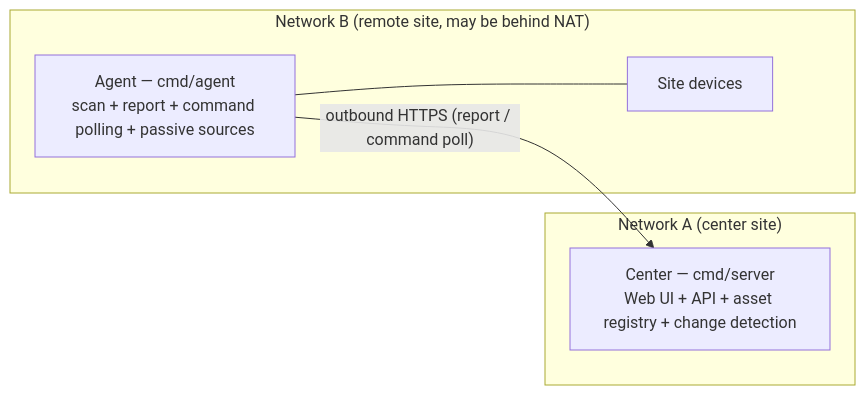
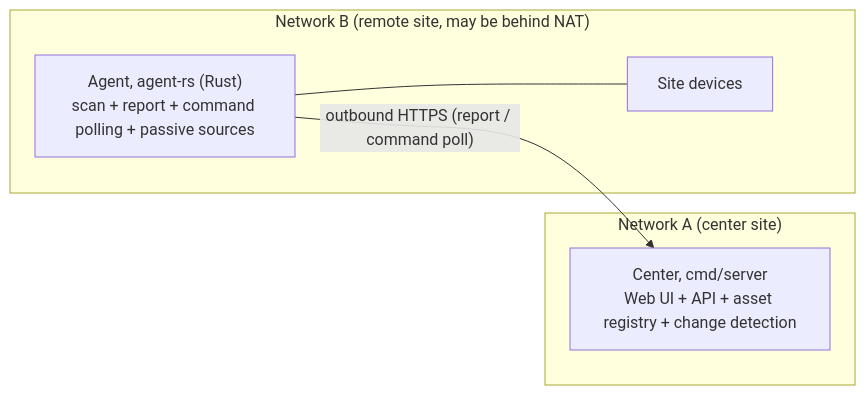
One commit to Mi-Bee-Studio/mibee-docs changed the first of 2 diagrams in mibeesteward/en-US/distributed.md. Above: the diagram before and after it, drawn with Mermaid. The commit also changed other lines of this file and 215 other files, not shown here.

````diff
--- a/mibeesteward/en-US/distributed.md
+++ b/mibeesteward/en-US/distributed.md
@@ -17,12 +17,12 @@
 ```mermaid
 flowchart LR
     subgraph NA["Network A (center site)"]
-        C["Center — cmd/server<br/>Web UI + API + asset registry + change detection"]
+        C["Center, cmd/server<br/>Web UI + API + asset registry + change detection"]
     end
     subgraph NB["Network B (remote site, may be behind NAT)"]
-        AG["Agent — cmd/agent<br/>scan + report + command polling + passive sources"]
+        AG["Agent, agent-rs (Rust)<br/>scan + report + command polling + passive sources"]
         D1["Site devices"]
         AG --- D1
     end
     AG -- "outbound HTTPS (report / command poll)" --> C
 ```
````
